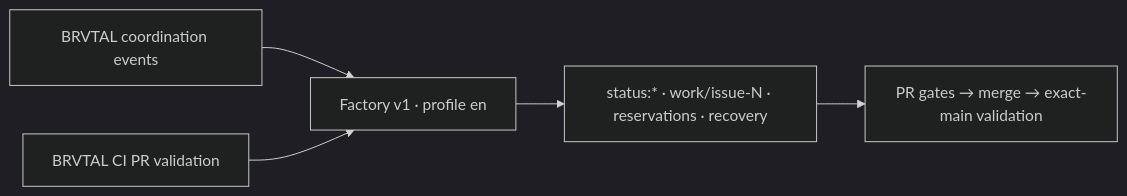
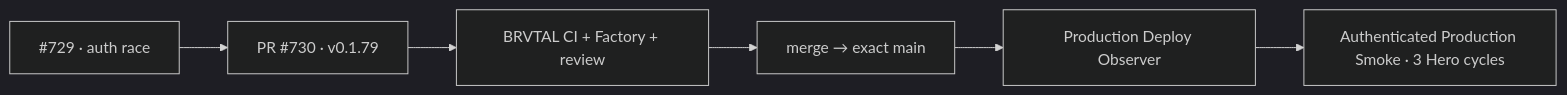
The diagram in README.md (pl0n3r/brvtal), drawn with Mermaid (dark theme) before and after one commit. The commit also changed other lines of this file and 11 other files, not shown here.

First line of the commit message:
fix(auth): eliminate Dashboard to Hero session race (v0.1.79) (#730)

````diff
--- a/README.md
+++ b/README.md
@@ -43,7 +42,8 @@
 ```mermaid
 flowchart LR
-  E["BRVTAL coordination events"] --> F["Factory v1 · profile en"]
-  C["BRVTAL CI PR validation"] --> F
-  F --> R["status:* · work/issue-N · reservations · recovery"]
-  R --> G["PR gates → merge → exact-main validation"]
+  A["#729 · auth race"] --> B["PR #730 · v0.1.79"]
+  B --> C["BRVTAL CI + Factory + review"]
+  C --> D["merge → exact main"]
+  D --> E["Production Deploy Observer"]
+  E --> F["Authenticated Production Smoke · 3 Hero cycles"]
 ```
````
